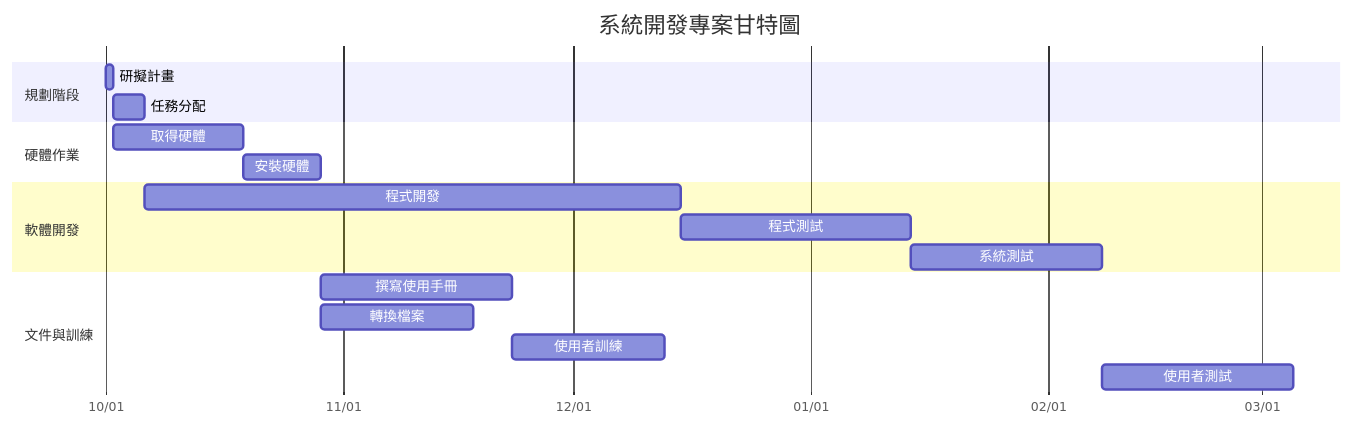
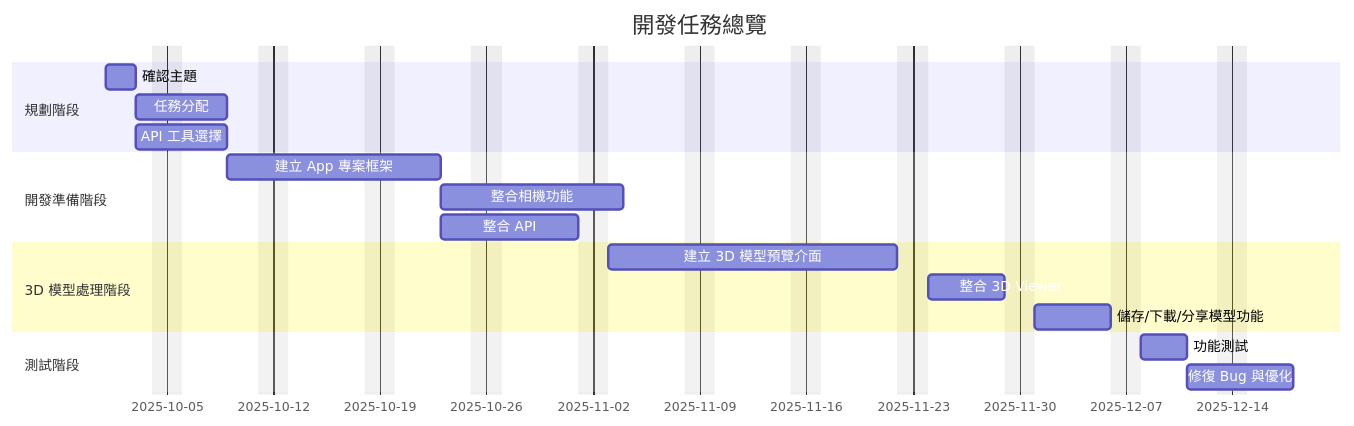
Before and after one commit to ReienOuO/-: the first of 2 diagrams in 任務分配.md, drawn with Mermaid. The commit also changed other lines of this file, not shown here.

````diff
--- a/任務分配.md
+++ b/任務分配.md
@@ -12,25 +12,26 @@
 ```mermaid
 gantt
-    title 系統開發專案甘特圖
+    title 開發任務總覽
     dateFormat  YYYY-MM-DD
-    axisFormat  %m/%d
+    excludes    weekends
 
     section 規劃階段
-    研擬計畫          :a1, 2025-10-01, 1d
-    任務分配          :a2, after a1, 4d
+    確認主題              :a1, 2025-10-01, 2d
+    任務分配              :a2, after a1, 4d
+    API 工具選擇          :a3, after a1, 4d
 
-    section 硬體作業
-    取得硬體          :a3, after a1, 17d
-    安裝硬體          :a5, after a3, 10d
+    section 開發準備階段
+    建立 App 專案框架     :a4, after a2, 10d
+    整合相機功能          :a5, after a4, 8d
+    整合 API              :a6, after a4, 7d
 
-    section 軟體開發
-    程式開發          :a4, after a2, 70d
-    程式測試          :a6, after a4, 30d
-    系統測試          :a9, after a6, 25d
+    section 3D 模型處理階段
+    建立 3D 模型預覽介面      :a7, after a6, 15d
+    整合 3D Viewer           :a8, after a7, 5d
+    儲存/下載/分享模型功能    :a9, after a8, 5d
 
-    section 文件與訓練
-    撰寫使用手冊      :a7, after a5, 25d
-    轉換檔案          :a8, after a5, 20d
-    使用者訓練        :a10, after a7 a8, 20d
-    使用者測試        :a11, after a9 a10, 25d
+    section 測試階段
+    功能測試                :a10, after a9, 3d
+    修復 Bug 與優化          :a11, after a10, 5d
+
 ```
````
